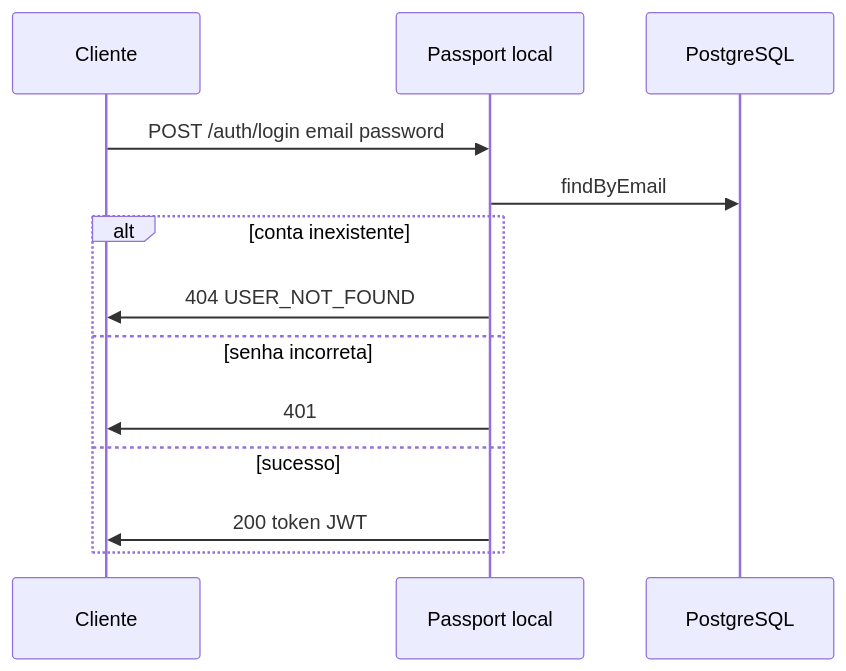
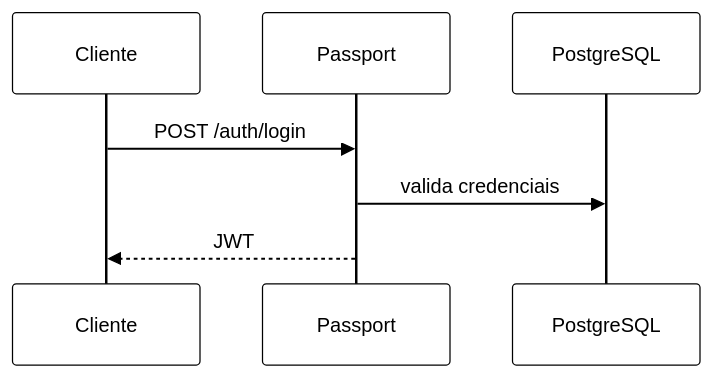
The second of 3 diagrams in docs/requisitos/RF01-backend/4.4.Autenticacao.md (Marianamrts/Copia_2026.01-T02_G5_EuAmoPiri_Entrega_04), drawn with Mermaid before and after one commit. The commit also changed other lines of this file and 30 other files, not shown here.

````diff
--- a/docs/requisitos/RF01-backend/4.4.Autenticacao.md
+++ b/docs/requisitos/RF01-backend/4.4.Autenticacao.md
@@ -228,16 +203,10 @@
 ```mermaid
+%%{init: {'theme':'base','themeVariables':{'primaryColor':'#fff','primaryTextColor':'#000','primaryBorderColor':'#000','lineColor':'#000','secondaryColor':'#eee','tertiaryColor':'#fff','clusterBkg':'#fff','clusterBorder':'#000','actorBkg':'#fff','actorBorder':'#000','actorTextColor':'#000'}}}%%
 sequenceDiagram
     participant C as Cliente
-    participant P as Passport local
+    participant P as Passport
     participant DB as PostgreSQL
-
-    C->>P: POST /auth/login email password
-    P->>DB: findByEmail
-    alt conta inexistente
-        P->>C: 404 USER_NOT_FOUND
-    else senha incorreta
-        P->>C: 401
-    else sucesso
-        P->>C: 200 token JWT
-    end
+    C->>P: POST /auth/login
+    P->>DB: valida credenciais
+    P-->>C: JWT
 ```
````
